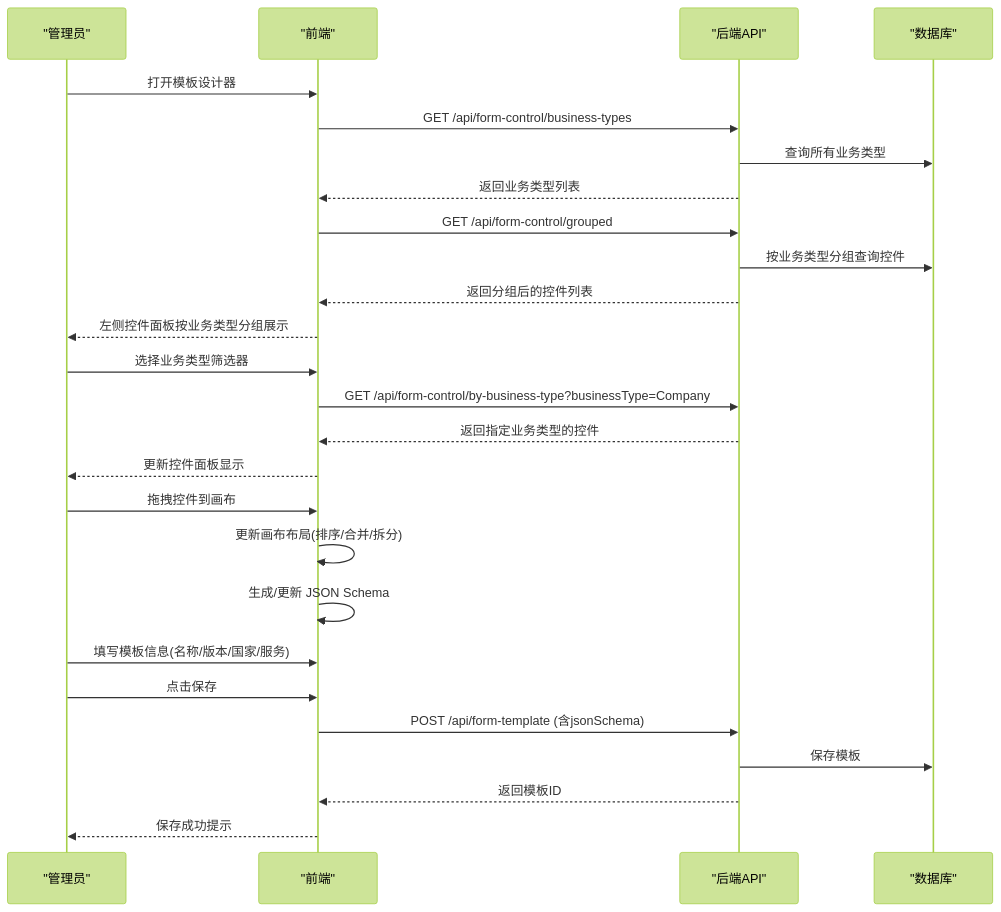
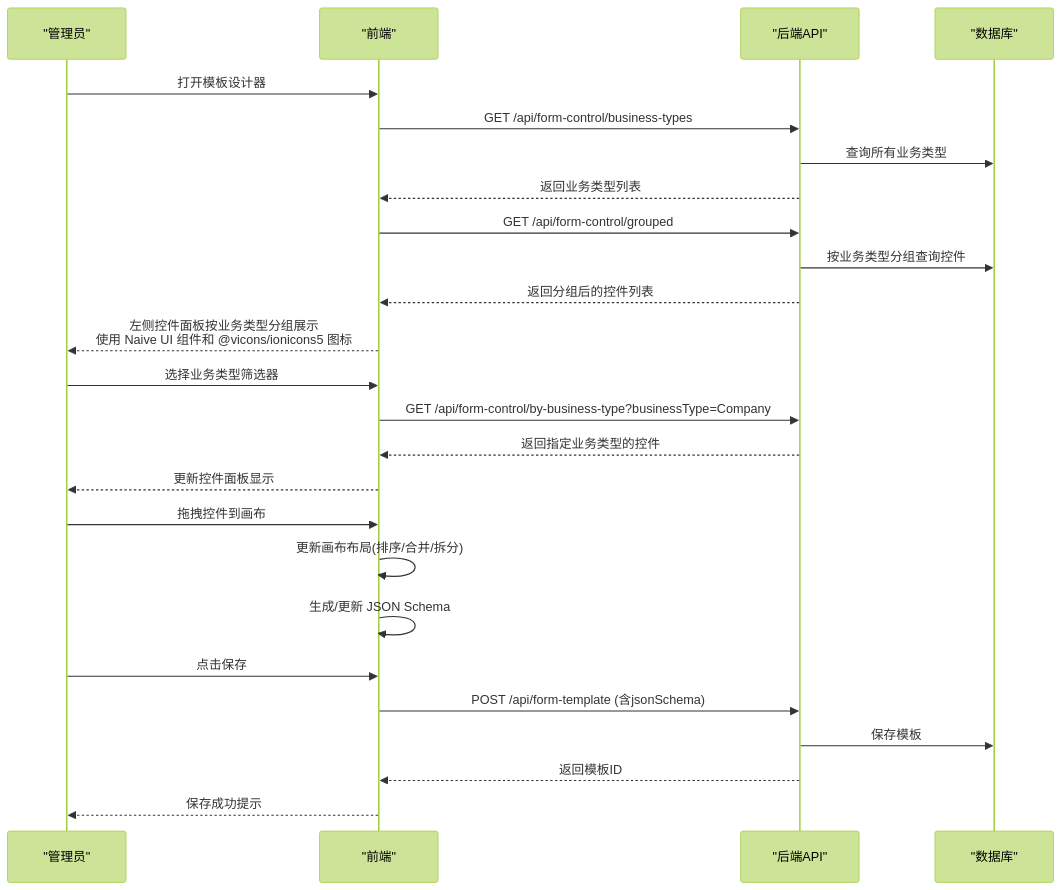
The second of 11 diagrams in .qoder/repowiki/zh/content/前端架构设计/拖拽式表单设计器.md (NJMrLi/genetics), drawn with Mermaid (forest theme) before and after one commit. The commit also changed other lines of this file and 32 other files, not shown here.

````diff
--- a/.qoder/repowiki/zh/content/前端架构设计/拖拽式表单设计器.md
+++ b/.qoder/repowiki/zh/content/前端架构设计/拖拽式表单设计器.md
@@ -114,28 +125,27 @@
 ```mermaid
 sequenceDiagram
 participant Admin as "管理员"
 participant FE as "前端"
 participant API as "后端API"
 participant DB as "数据库"
 Admin->>FE : 打开模板设计器
 FE->>API : GET /api/form-control/business-types
 API->>DB : 查询所有业务类型
 API-->>FE : 返回业务类型列表
 FE->>API : GET /api/form-control/grouped
 API->>DB : 按业务类型分组查询控件
 API-->>FE : 返回分组后的控件列表
-FE-->>Admin : 左侧控件面板按业务类型分组展示
+FE-->>Admin : 左侧控件面板按业务类型分组展示<br/>使用 Naive UI 组件和 @vicons/ionicons5 图标
 Admin->>FE : 选择业务类型筛选器
 FE->>API : GET /api/form-control/by-business-type?businessType=Company
 API-->>FE : 返回指定业务类型的控件
 FE-->>Admin : 更新控件面板显示
 Admin->>FE : 拖拽控件到画布
 FE->>FE : 更新画布布局(排序/合并/拆分)
 FE->>FE : 生成/更新 JSON Schema
-Admin->>FE : 填写模板信息(名称/版本/国家/服务)
 Admin->>FE : 点击保存
 FE->>API : POST /api/form-template (含jsonSchema)
 API->>DB : 保存模板
 API-->>FE : 返回模板ID
 FE-->>Admin : 保存成功提示
 ```
````
